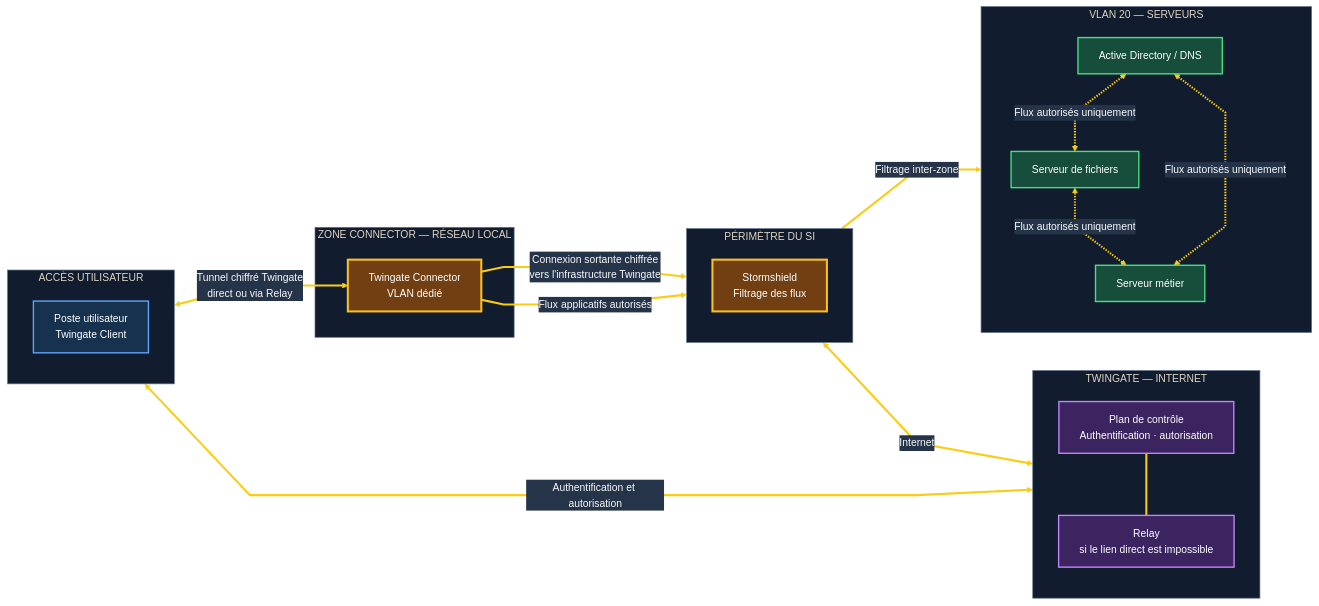
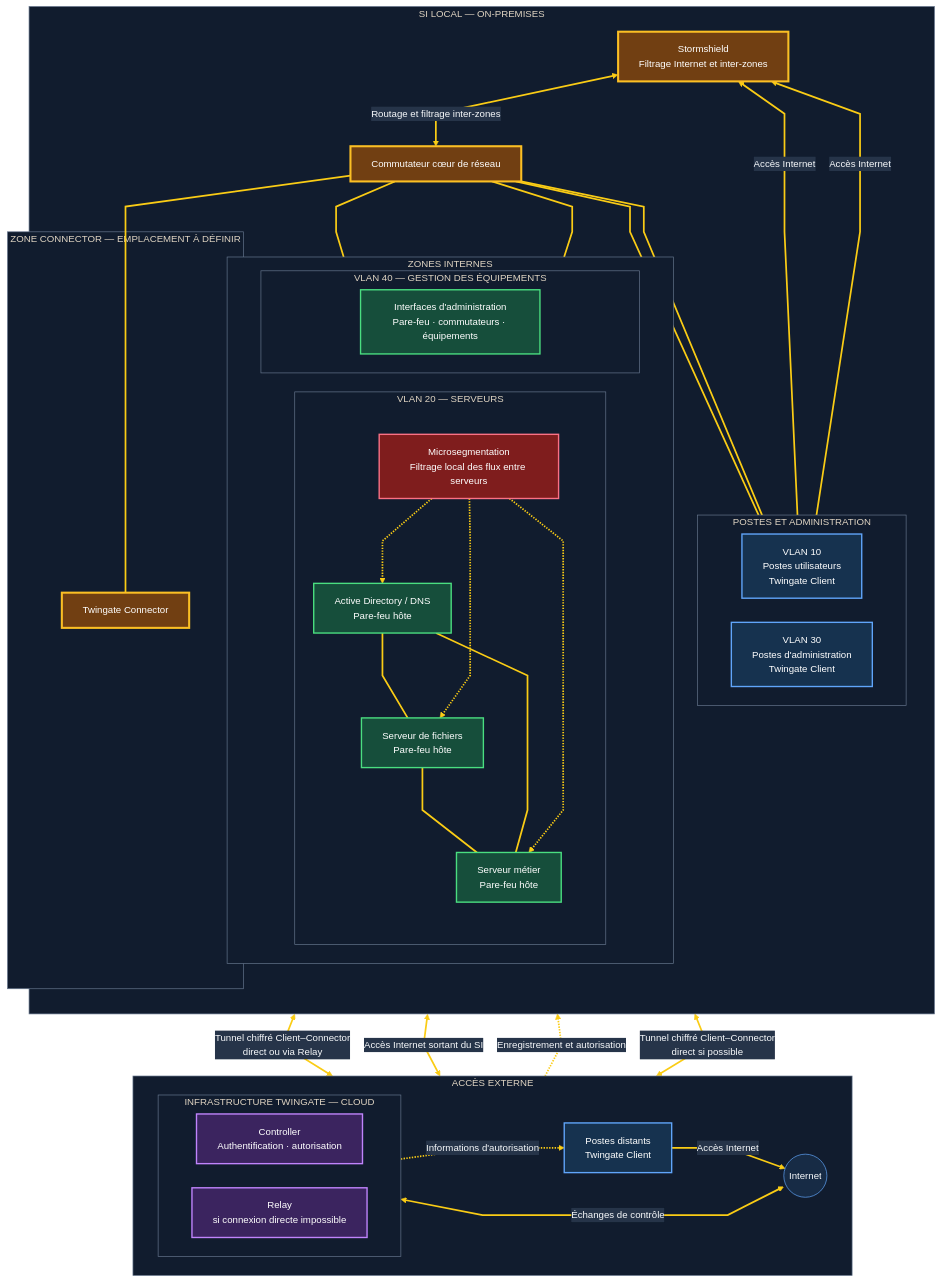
One commit to Chanc-111/Chanc-111 changed the diagram in projects/01-zero-trust-architecture/diagrams/02-target-architecture.mmd. Above: the diagram before and after it, drawn with Mermaid.

Commit message:
Restore full on-premises SI and clarify target network zones

```diff
--- a/projects/01-zero-trust-architecture/diagrams/02-target-architecture.mmd
+++ b/projects/01-zero-trust-architecture/diagrams/02-target-architecture.mmd
@@ -1,52 +1,79 @@
-%%{init: {"theme":"base","themeVariables":{"background":"#0b1220","primaryColor":"#172b45","primaryTextColor":"#f8fafc","primaryBorderColor":"#60a5fa","lineColor":"#facc15","secondaryColor":"#182235","tertiaryColor":"#202b3d","clusterBkg":"#111c2e","clusterBorder":"#64748b","edgeLabelBackground":"#263449","fontFamily":"Arial","fontSize":"15px"},"flowchart":{"curve":"linear","htmlLabels":true,"nodeSpacing":55,"rankSpacing":65}}}%%
-flowchart LR
-    subgraph ACCESS["ACCÈS UTILISATEUR"]
-        direction TB
-        CLIENT["Poste utilisateur<br/>Twingate Client"]
+%%{init: {"theme":"base","themeVariables":{"background":"#0b1220","primaryColor":"#172b45","primaryTextColor":"#f8fafc","primaryBorderColor":"#60a5fa","lineColor":"#facc15","secondaryColor":"#182235","tertiaryColor":"#202b3d","clusterBkg":"#111c2e","clusterBorder":"#64748b","edgeLabelBackground":"#263449","fontFamily":"Arial","fontSize":"14px"},"flowchart":{"curve":"linear","htmlLabels":true,"nodeSpacing":35,"rankSpacing":48}}}%%
+flowchart TB
+    subgraph EXTERNAL["ACCÈS EXTERNE"]
+        direction LR
+        REMOTE["Postes distants<br/>Twingate Client"]
+        INTERNET(("Internet"))
+        subgraph TWINGATE["INFRASTRUCTURE TWINGATE — CLOUD"]
+            direction LR
+            CTRL["Controller<br/>Authentification · autorisation"]
+            RELAY["Relay<br/>si connexion directe impossible"]
+        end
     end
 
-    subgraph TWIN["TWINGATE — INTERNET"]
+    subgraph ONSITE["SI LOCAL — ON-PREMISES"]
         direction TB
-        CONTROL["Plan de contrôle<br/>Authentification · autorisation"]
-        RELAY["Relay<br/>si le lien direct est impossible"]
-        CONTROL --- RELAY
+        subgraph ACCESS["POSTES ET ADMINISTRATION"]
+            direction LR
+            USERS["VLAN 10<br/>Postes utilisateurs<br/>Twingate Client"]
+            ADM["VLAN 30<br/>Postes d'administration<br/>Twingate Client"]
+        end
+
+        FW["Stormshield<br/>Filtrage Internet et inter-zones"]
+        CORE["Commutateur cœur de réseau"]
+
+        subgraph CONNECTOR_ZONE["ZONE CONNECTOR — EMPLACEMENT À DÉFINIR"]
+            CONN["Twingate Connector"]
+        end
+
+        subgraph INTERNAL_ZONES["ZONES INTERNES"]
+            direction LR
+            subgraph VLAN20["VLAN 20 — SERVEURS"]
+                direction TB
+                AD["Active Directory / DNS<br/>Pare-feu hôte"]
+                FILES["Serveur de fichiers<br/>Pare-feu hôte"]
+                APP["Serveur métier<br/>Pare-feu hôte"]
+                MICRO["Microsegmentation<br/>Filtrage local des flux entre serveurs"]
+                AD ~~~ FILES
+                FILES ~~~ APP
+                AD ~~~ APP
+                MICRO -.-> AD
+                MICRO -.-> FILES
+                MICRO -.-> APP
+            end
+
+            subgraph VLAN40["VLAN 40 — GESTION DES ÉQUIPEMENTS"]
+                MGMT["Interfaces d'administration<br/>Pare-feu · commutateurs · équipements"]
+            end
+        end
     end
 
-    subgraph PERIMETER["PÉRIMÈTRE DU SI"]
-        direction TB
-        FW["Stormshield<br/>Filtrage des flux"]
-    end
+    REMOTE -->|"Accès Internet"| INTERNET
+    USERS -->|"Accès Internet"| FW
+    ADM -->|"Accès Internet"| FW
+    INTERNET <-->|"Échanges de contrôle"| CTRL
+    CTRL -.->|"Informations d'autorisation"| REMOTE
+    CTRL -.->|"Enregistrement et autorisation"| CONN
+    CONN <-->|"Tunnel chiffré Client–Connector<br/>direct ou via Relay"| RELAY
+    REMOTE <-->|"Tunnel chiffré Client–Connector<br/>direct si possible"| CONN
 
-    subgraph CONNECTOR_ZONE["ZONE CONNECTOR — RÉSEAU LOCAL"]
-        CONNECTOR["Twingate Connector<br/>VLAN dédié"]
-    end
-
-    subgraph SERVERS["VLAN 20 — SERVEURS"]
-        direction TB
-        AD["Active Directory / DNS"]
-        FILES["Serveur de fichiers"]
-        APP["Serveur métier"]
-        AD <-.->|"Flux autorisés uniquement"| FILES
-        FILES <-.->|"Flux autorisés uniquement"| APP
-        AD <-.->|"Flux autorisés uniquement"| APP
-    end
-
-    CLIENT <-->|"Authentification et autorisation"| CONTROL
-    CLIENT <-->|"Tunnel chiffré Twingate<br/>direct ou via Relay"| CONNECTOR
-
-    CONNECTOR -->|"Connexion sortante chiffrée<br/>vers l'infrastructure Twingate"| FW
-    FW <-->|"Internet"| CONTROL
-
-    CONNECTOR -->|"Flux applicatifs autorisés"| FW
-    FW -->|"Filtrage inter-zone"| SERVERS
+    FW <-->|"Accès Internet sortant du SI"| INTERNET
+    FW <-->|"Routage et filtrage inter-zones"| CORE
+    CORE --- USERS
+    CORE --- ADM
+    CORE --- CONN
+    CORE --- VLAN20
+    CORE --- MGMT
 
     classDef endpoint fill:#16324f,stroke:#60a5fa,stroke-width:2px,color:#ffffff
     classDef control fill:#3b245f,stroke:#c084fc,stroke-width:2px,color:#ffffff
     classDef network fill:#713f12,stroke:#fbbf24,stroke-width:3px,color:#ffffff
     classDef server fill:#164e3b,stroke:#4ade80,stroke-width:2px,color:#ffffff
+    classDef micro fill:#7f1d1d,stroke:#fb7185,stroke-width:2px,color:#ffffff
 
-    class CLIENT endpoint
-    class CONTROL,RELAY control
-    class FW,CONNECTOR network
-    class AD,FILES,APP server
-    linkStyle default stroke:#facc15,stroke-width:3px,color:#f8fafc
+    class REMOTE,USERS,ADM endpoint
+    class CTRL,RELAY control
+    class FW,CORE,CONN network
+    class AD,FILES,APP,MGMT server
+    class MICRO micro
+    linkStyle default stroke:#facc15,stroke-width:2.5px,color:#f8fafc
```
